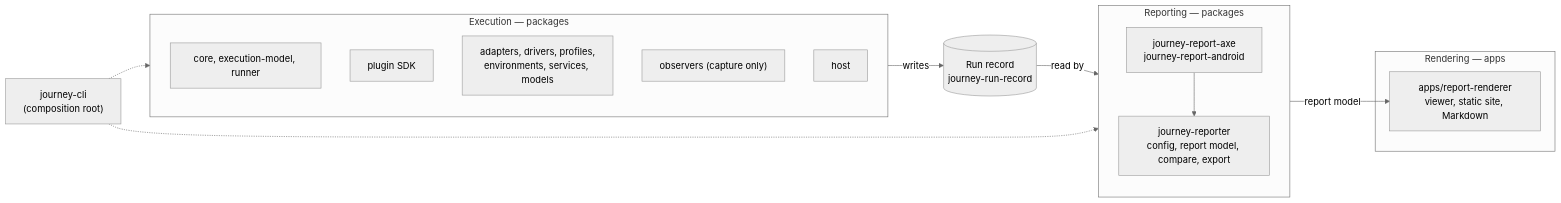
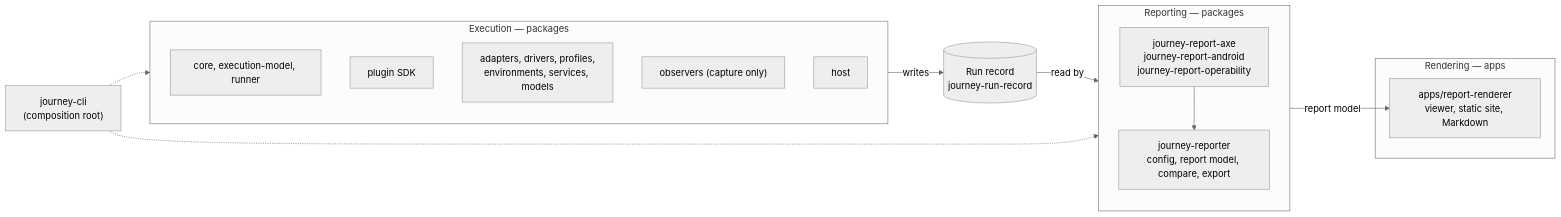
Before and after one commit to openuji/journey-mesh: the diagram in docs/architecture.md, drawn with Mermaid (neutral theme). The commit also changed 26 other files, not shown here.

Commit message:
report operability

````diff
--- a/docs/architecture.md
+++ b/docs/architecture.md
@@ -6,26 +6,26 @@
 ```mermaid
 flowchart LR
   subgraph execution["Execution — packages"]
     direction TB
     core["core, execution-model, runner"]
     plugin["plugin SDK"]
     caps["adapters, drivers, profiles,<br/>environments, services, models"]
     observers["observers (capture only)"]
     host["host"]
   end
   record[("Run record<br/>journey-run-record")]
   subgraph reporting["Reporting — packages"]
     direction TB
     reporter["journey-reporter<br/>config, report model, compare, export"]
-    interpreters["journey-report-axe<br/>journey-report-android"]
+    interpreters["journey-report-axe<br/>journey-report-android<br/>journey-report-operability"]
   end
   subgraph rendering["Rendering — apps"]
     renderer["apps/report-renderer<br/>viewer, static site, Markdown"]
   end
   host -->|writes| record
   record -->|read by| reporter
   interpreters --> reporter
   reporter -->|report model| renderer
   cli["journey-cli<br/>(composition root)"] -.-> host
   cli -.-> reporter
 ```
````
